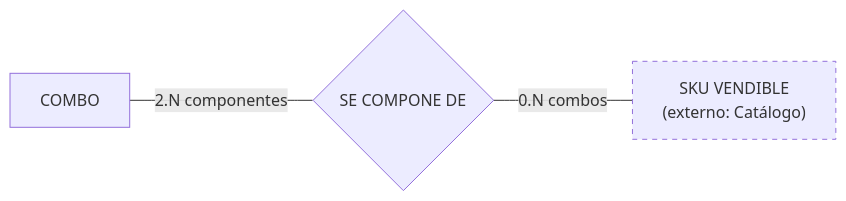
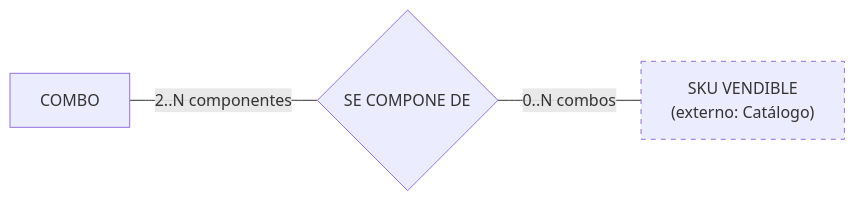
The eighth of 10 diagrams in Modelo_Conceptual.md (Taller-SW-Web/G6-Productos-Ofertas-docs), drawn with Mermaid before and after one commit. The commit also changed other lines of this file and 11 other files, not shown here.

````diff
--- a/Modelo_Conceptual.md
+++ b/Modelo_Conceptual.md
@@ -643,13 +669,13 @@
 ```mermaid
 flowchart LR
   COMBO["COMBO"]
   SKU["SKU VENDIBLE<br/>(externo: Catálogo)"]
 
   R_COMPONENT{"SE COMPONE DE"}
 
-  COMBO ---|"2.N componentes"| R_COMPONENT
-  R_COMPONENT ---|"0.N combos"| SKU
+  COMBO ---|"2..N componentes"| R_COMPONENT
+  R_COMPONENT ---|"0..N combos"| SKU
 
   classDef external stroke-dasharray: 5 5;
   class SKU external;
 ```
````
